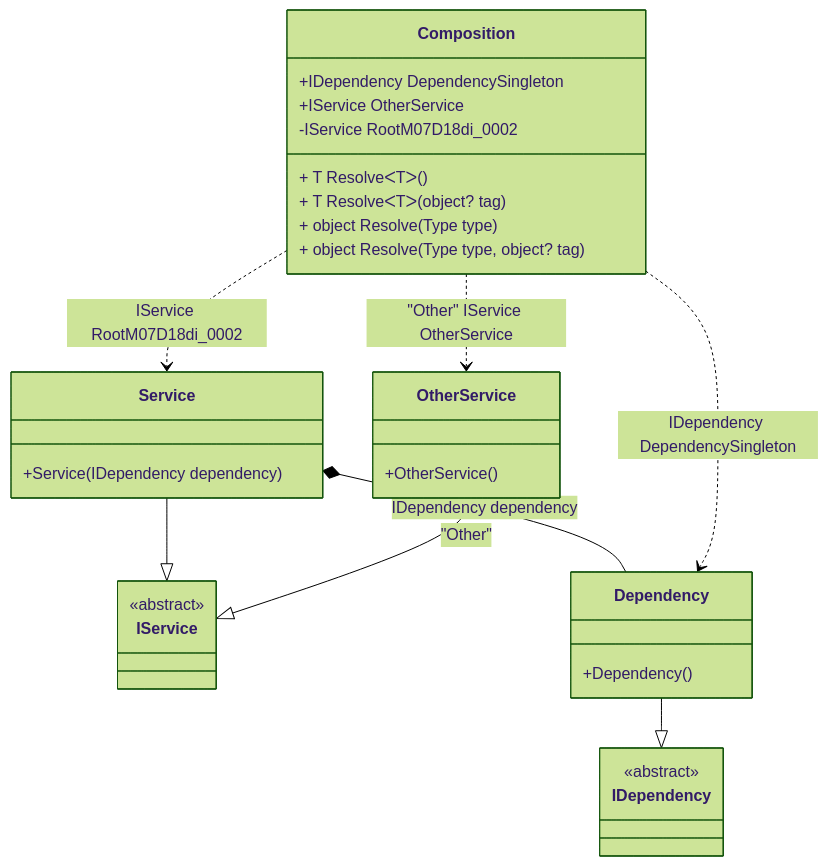
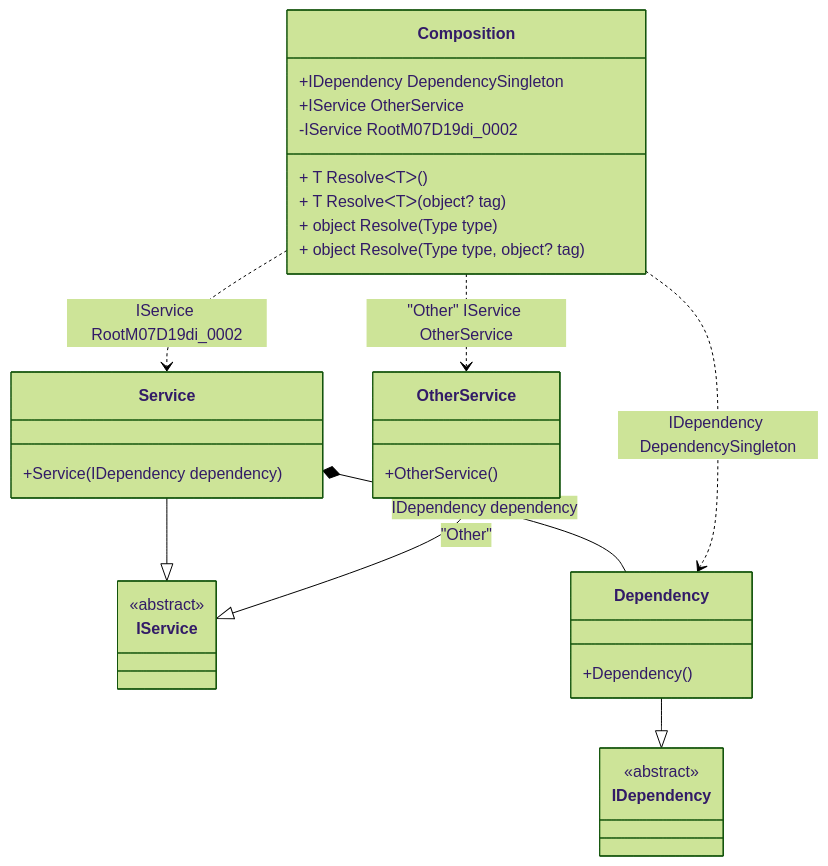
One commit to DevTeam/Pure.DI changed the diagram in readme/resolve-methods.md. Above: the diagram before and after it, drawn with Mermaid (forest theme). The commit also changed other lines of this file and 65 other files, not shown here.

````diff
--- a/readme/resolve-methods.md
+++ b/readme/resolve-methods.md
@@ -47,34 +47,34 @@
 ```mermaid
 classDiagram
   class Composition {
     +IDependency DependencySingleton
     +IService OtherService
-    -IService RootM07D18di_0002
+    -IService RootM07D19di_0002
     + T ResolveᐸTᐳ()
     + T ResolveᐸTᐳ(object? tag)
     + object Resolve(Type type)
     + object Resolve(Type type, object? tag)
   }
   Service --|> IService : 
   class Service {
     +Service(IDependency dependency)
   }
   Dependency --|> IDependency : 
   class Dependency {
     +Dependency()
   }
   OtherService --|> IService : "Other" 
   class OtherService {
     +OtherService()
   }
   class IService {
     <<abstract>>
   }
   class IDependency {
     <<abstract>>
   }
   Service *--  Dependency : IDependency dependency
   Composition ..> Dependency : IDependency DependencySingleton
-  Composition ..> Service : IService RootM07D18di_0002
+  Composition ..> Service : IService RootM07D19di_0002
   Composition ..> OtherService : "Other" IService OtherService
 ```
````
